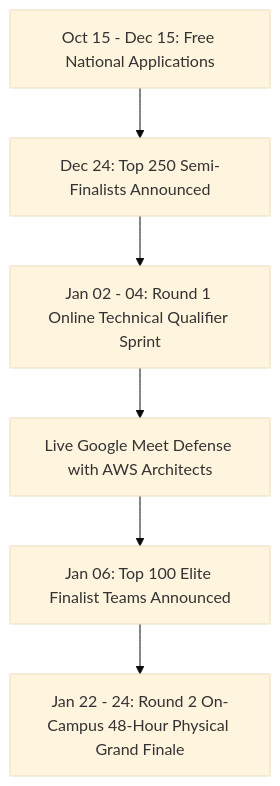
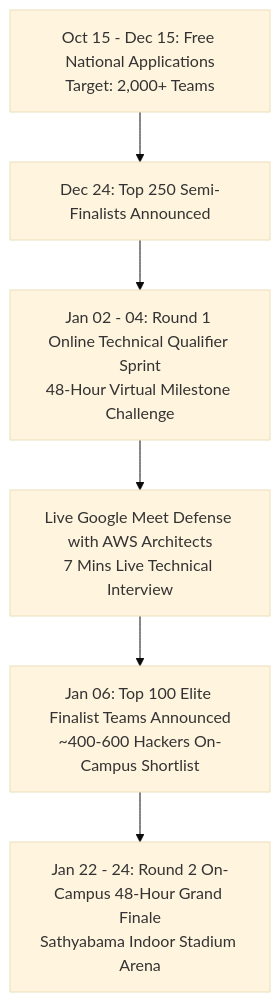
One commit to MasterZ1311/Kairos changed the first of 2 diagrams in docs/02_agenda_rounds_and_judging_rubric.md. Above: the diagram before and after it, drawn with Mermaid (base theme). The commit also changed other lines of this file and 100 other files, not shown here.

````diff
--- a/docs/02_agenda_rounds_and_judging_rubric.md
+++ b/docs/02_agenda_rounds_and_judging_rubric.md
@@ -16,8 +19,8 @@
 ```mermaid
 graph TD
-    A[Oct 15 - Dec 15: Free National Applications] --> B[Dec 24: Top 250 Semi-Finalists Announced]
-    B --> C[Jan 02 - 04: Round 1 Online Technical Qualifier Sprint]
-    C --> D[Live Google Meet Defense with AWS Architects]
-    D --> E[Jan 06: Top 100 Elite Finalist Teams Announced]
-    E --> F[Jan 22 - 24: Round 2 On-Campus 48-Hour Physical Grand Finale]
+    A["Oct 15 - Dec 15: Free National Applications<br/>Target: 2,000+ Teams"] --> B["Dec 24: Top 250 Semi-Finalists Announced"]
+    B --> C["Jan 02 - 04: Round 1 Online Technical Qualifier Sprint<br/>48-Hour Virtual Milestone Challenge"]
+    C --> D["Live Google Meet Defense with AWS Architects<br/>7 Mins Live Technical Interview"]
+    D --> E["Jan 06: Top 100 Elite Finalist Teams Announced<br/>~400-600 Hackers On-Campus Shortlist"]
+    E --> F["Jan 22 - 24: Round 2 On-Campus 48-Hour Grand Finale<br/>Sathyabama Indoor Stadium Arena"]
 ```
````
